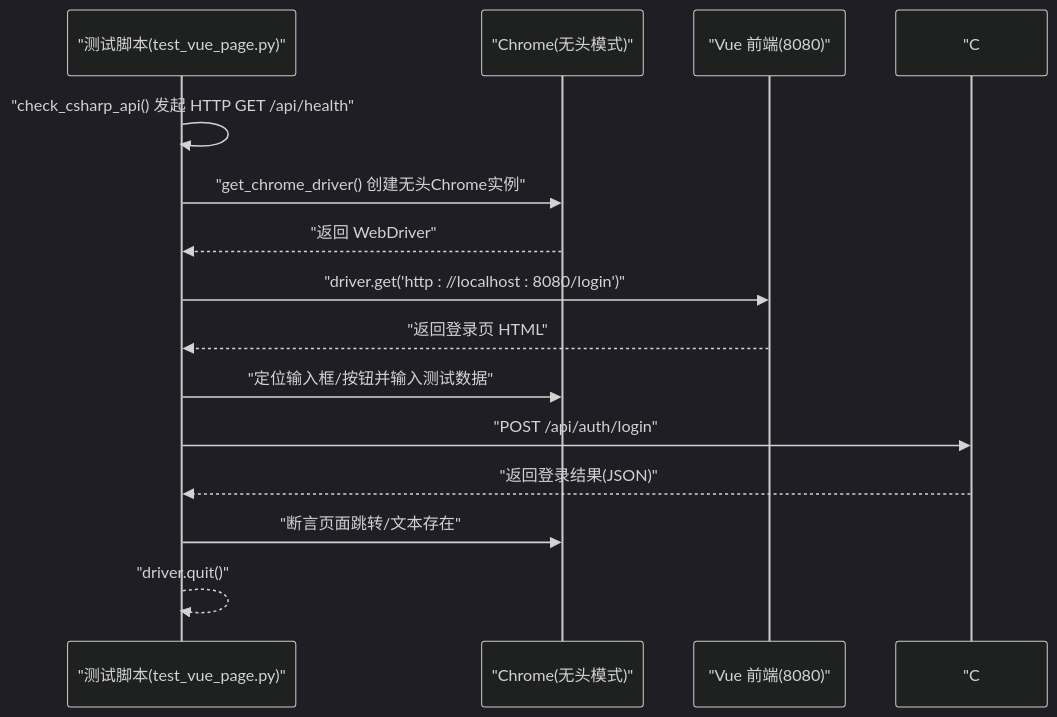
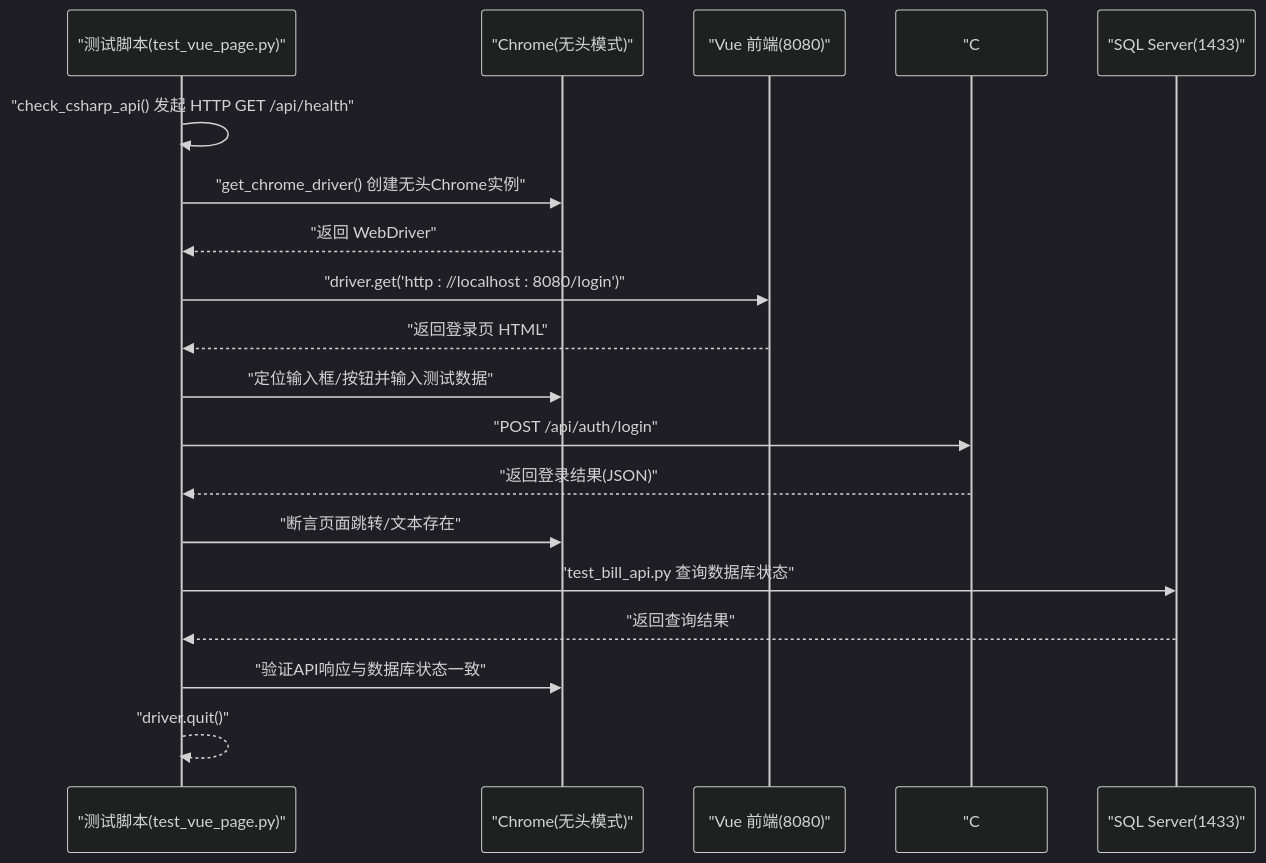
Before and after one commit to WaHaiLong/AgentProject: the second of 6 diagrams in .qoder/repowiki/zh/content/UI自动化测试体系/测试环境配置.md, drawn with Mermaid (dark theme). The commit also changed other lines of this file and 5 other files, not shown here.

````diff
--- a/.qoder/repowiki/zh/content/UI自动化测试体系/测试环境配置.md
+++ b/.qoder/repowiki/zh/content/UI自动化测试体系/测试环境配置.md
@@ -88,17 +108,21 @@
 ```mermaid
 sequenceDiagram
 participant Py as "测试脚本(test_vue_page.py)"
 participant Chrome as "Chrome(无头模式)"
 participant FE as "Vue 前端(8080)"
 participant BE as "C# 后端(5000)"
+participant DB as "SQL Server(1433)"
 Py->>Py : "check_csharp_api() 发起 HTTP GET /api/health"
 Py->>Chrome : "get_chrome_driver() 创建无头Chrome实例"
 Chrome-->>Py : "返回 WebDriver"
 Py->>FE : "driver.get('http : //localhost : 8080/login')"
 FE-->>Py : "返回登录页 HTML"
 Py->>Chrome : "定位输入框/按钮并输入测试数据"
 Py->>BE : "POST /api/auth/login"
 BE-->>Py : "返回登录结果(JSON)"
 Py->>Chrome : "断言页面跳转/文本存在"
+Py->>DB : "test_bill_api.py 查询数据库状态"
+DB-->>Py : "返回查询结果"
+Py->>Chrome : "验证API响应与数据库状态一致"
 Py-->>Py : "driver.quit()"
 ```
````
